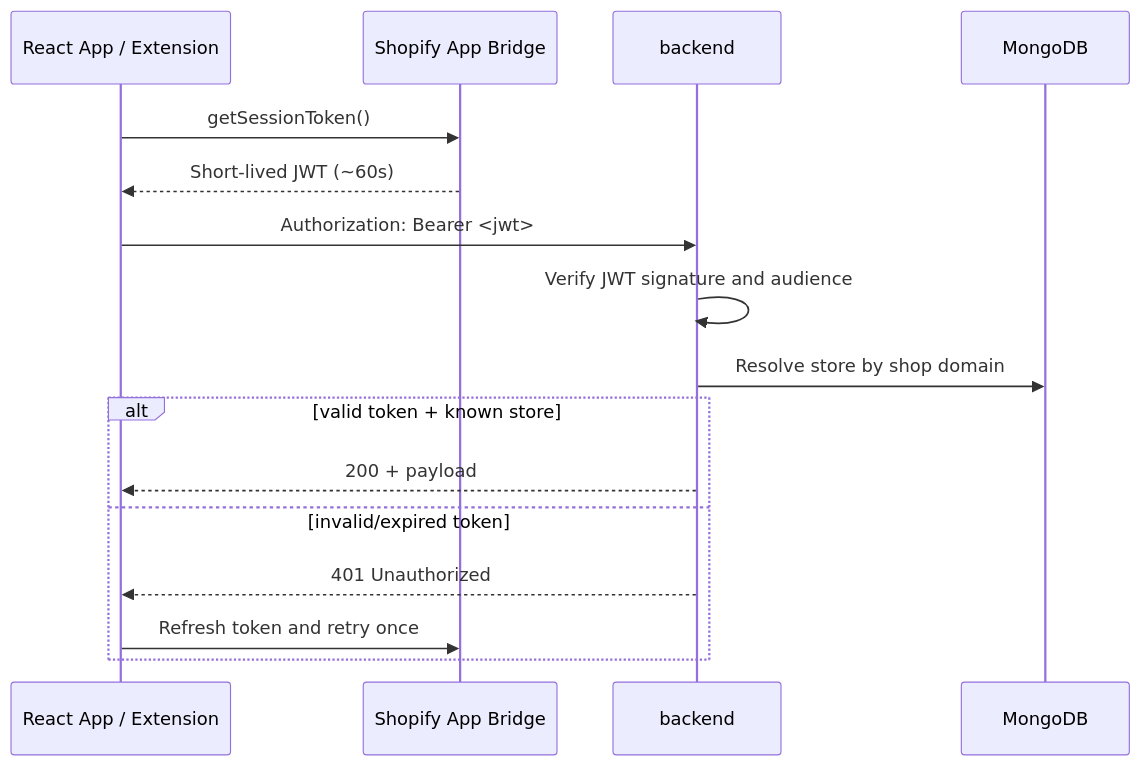
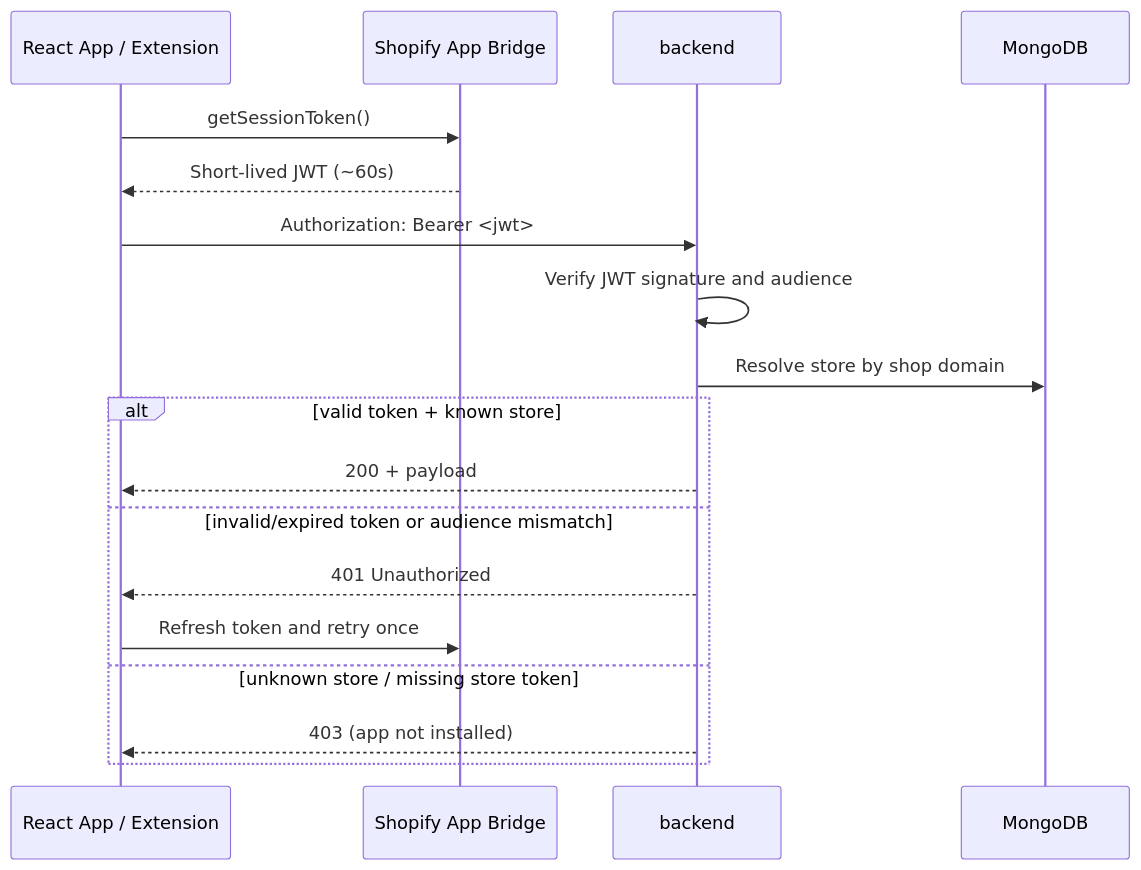
The second of 4 diagrams in docs/02-architecture/authentication.md (princesaliya4922/fynd-logistics-docs), drawn with Mermaid before and after one commit. The commit also changed other lines of this file and 48 other files, not shown here.

````diff
--- a/docs/02-architecture/authentication.md
+++ b/docs/02-architecture/authentication.md
@@ -56,19 +56,21 @@
 ```mermaid
 sequenceDiagram
     participant FE as React App / Extension
     participant AB as Shopify App Bridge
     participant B as backend
     participant DB as MongoDB
 
     FE->>AB: getSessionToken()
     AB-->>FE: Short-lived JWT (~60s)
     FE->>B: Authorization: Bearer <jwt>
     B->>B: Verify JWT signature and audience
     B->>DB: Resolve store by shop domain
     alt valid token + known store
         B-->>FE: 200 + payload
-    else invalid/expired token
+    else invalid/expired token or audience mismatch
         B-->>FE: 401 Unauthorized
         FE->>AB: Refresh token and retry once
+    else unknown store / missing store token
+        B-->>FE: 403 (app not installed)
     end
 ```
````
